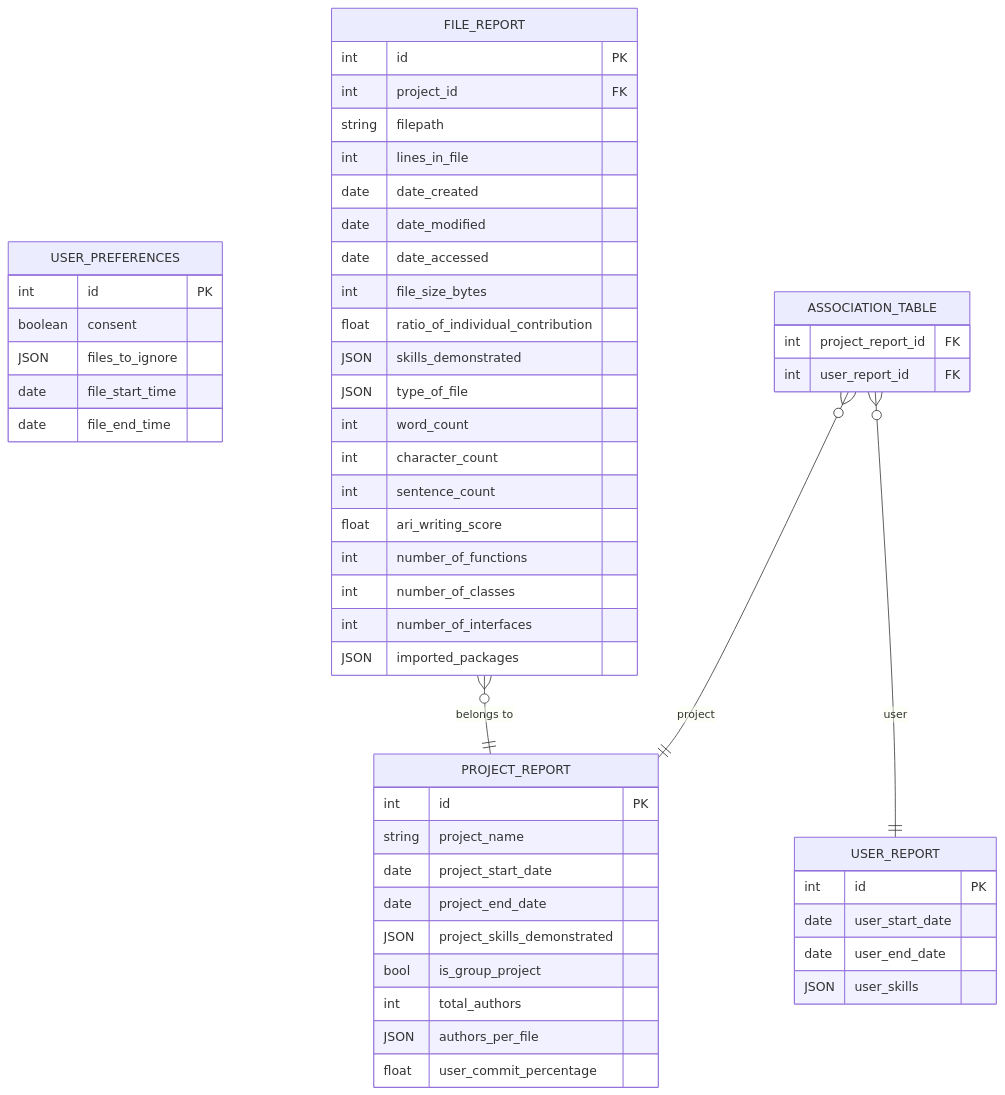
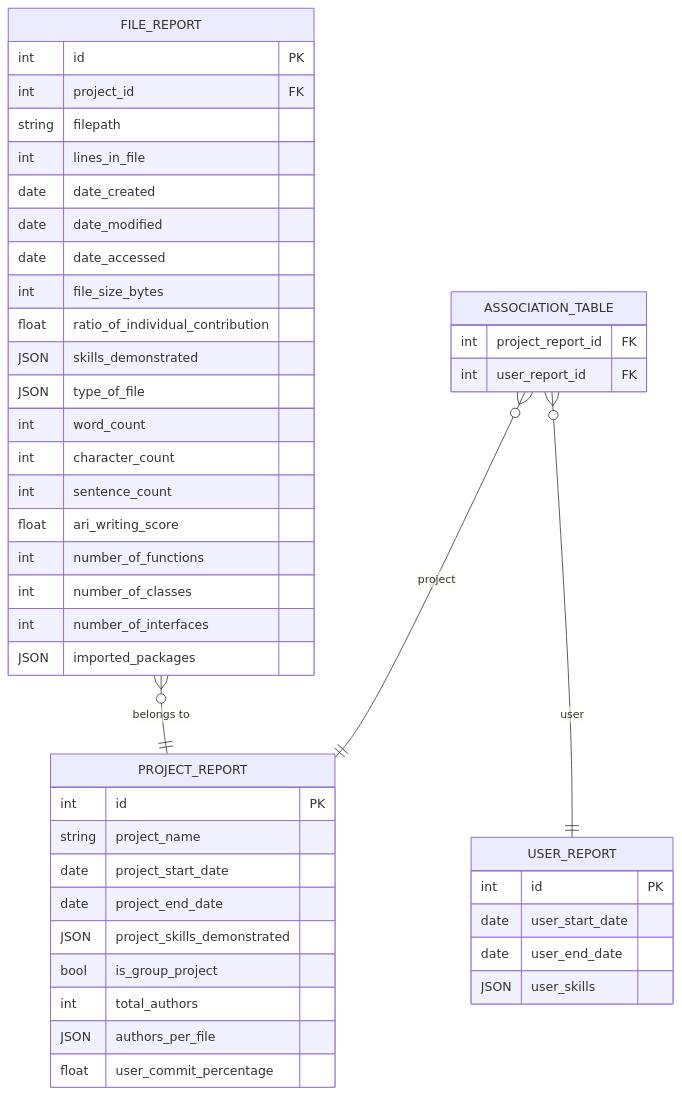
The diagram in database/README.md (COSC-499-W2025/capstone-project-team-18), drawn with Mermaid before and after one commit. The commit also changed other lines of this file, not shown here.

````diff
--- a/database/README.md
+++ b/database/README.md
@@ -18,62 +40,54 @@
 ``` mermaid
 erDiagram
-
-    USER_PREFERENCES {
-        int id PK
-        boolean consent
-        JSON files_to_ignore
-        date file_start_time
-        date file_end_time
-    }
 
     FILE_REPORT {
         int id PK
         int project_id FK
         string filepath
         int lines_in_file
         date date_created
         date date_modified
         date date_accessed
         int file_size_bytes
         float ratio_of_individual_contribution
         JSON skills_demonstrated
         JSON type_of_file
         int word_count
         int character_count
         int sentence_count
         float ari_writing_score
         int number_of_functions
         int number_of_classes
         int number_of_interfaces
         JSON imported_packages
     }
 
     PROJECT_REPORT {
         int id PK
         string project_name
         date project_start_date
         date project_end_date
         JSON project_skills_demonstrated
         bool is_group_project
         int total_authors
         JSON authors_per_file
         float user_commit_percentage
     }
 
     USER_REPORT {
         int id PK
         date user_start_date
         date user_end_date
         JSON user_skills
     }
 
     ASSOCIATION_TABLE {
         int project_report_id FK
         int user_report_id FK
     }
 
     %% Relationships
     FILE_REPORT }o--|| PROJECT_REPORT : "belongs to"
     ASSOCIATION_TABLE }o--|| PROJECT_REPORT : "project"
     ASSOCIATION_TABLE }o--|| USER_REPORT : "user"
 ```
````
